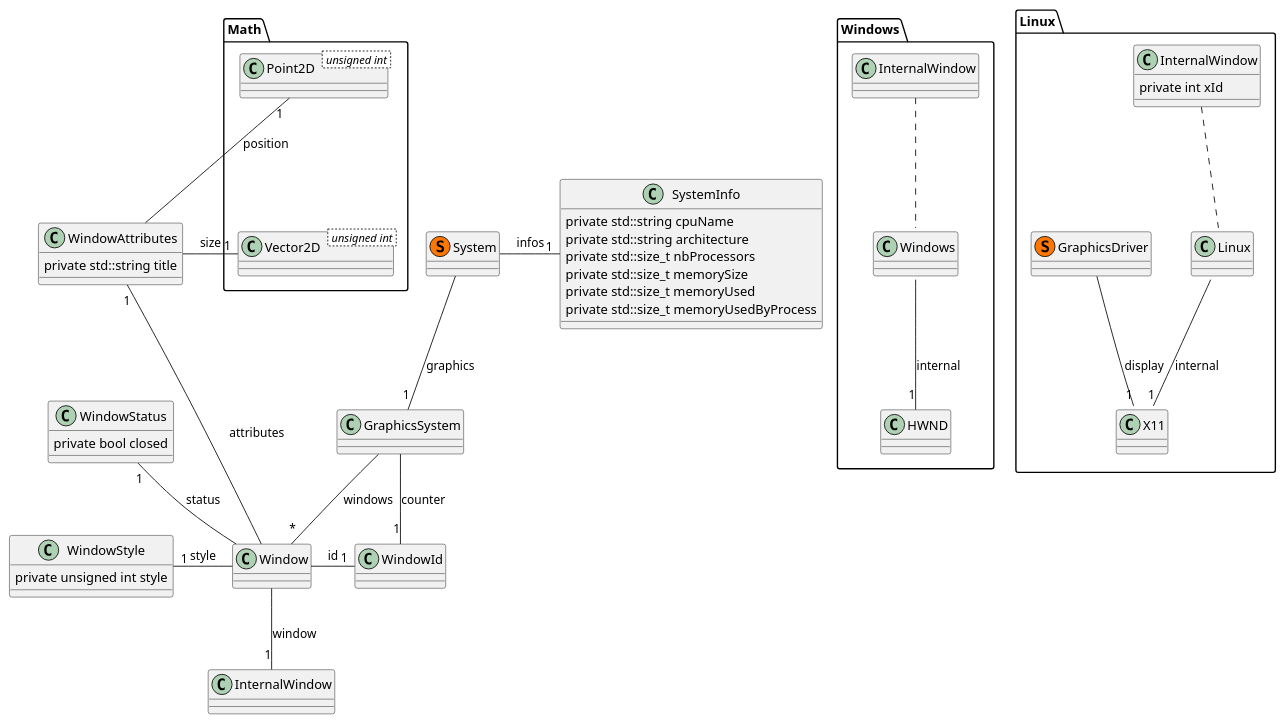
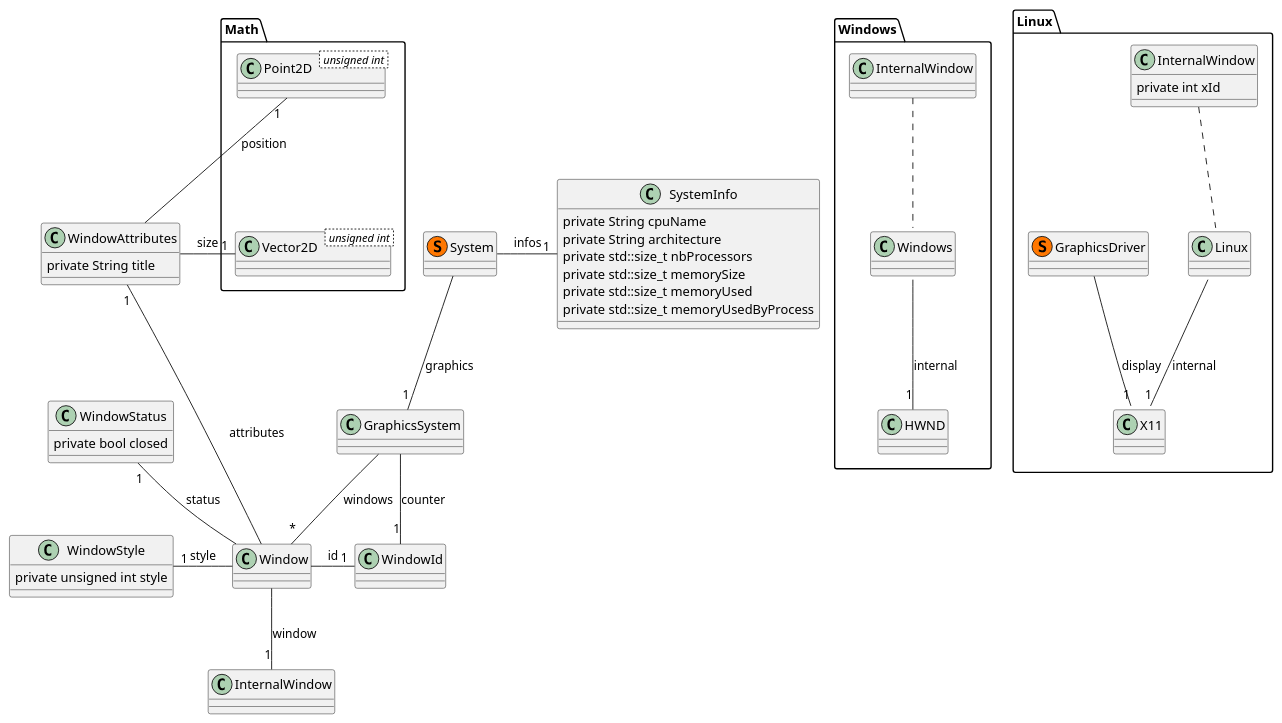
The diagram in uml/System/NRE_System.puml (AbelDoc/NRE-System), drawn with PlantUML before and after one commit. The commit also changed 5 other files, not shown here.

```diff
--- a/uml/System/NRE_System.puml
+++ b/uml/System/NRE_System.puml
@@ -1,61 +1,61 @@
 @startuml
     class System << (S, #FF7700) >> {
     }
     class GraphicsSystem {
     }
     class SystemInfo {
-        private std::string cpuName
-        private std::string architecture
+        private String cpuName
+        private String architecture
         private std::size_t nbProcessors
         private std::size_t memorySize
         private std::size_t memoryUsed
         private std::size_t memoryUsedByProcess
     }
     class Window {
     }
     class WindowAttributes {
-        private std::string title
+        private String title
     }
     class WindowStatus {
         private bool closed
     }
     class WindowStyle {
         private unsigned int style
     }
     System -right- "1" SystemInfo : infos
     System -down- "1" GraphicsSystem : graphics
     GraphicsSystem -right- "1" WindowId : counter
     GraphicsSystem -down- "*" Window : windows
     Window -right- "1" WindowId : id
     Window -down- "1" InternalWindow : window
     Window -left- "1" WindowAttributes : attributes
     Window -left- "1" WindowStatus : status
     Window -left- "1" WindowStyle : style
     WindowStyle -up[hidden]- WindowStatus
     WindowStatus -up[hidden]- WindowAttributes
     package Math {
         class Point2D < unsigned int > {
         }
         class Vector2D < unsigned int > {
         }
         WindowAttributes --left- "1" Point2D : position
         WindowAttributes --left- "1" Vector2D : size
         Point2D -down[hidden]- Vector2D
     }
     package Windows {
         class InternalWindow {
         }
         Windows::InternalWindow -down- "1" HWND : internal
         InternalWindow .down. Windows::InternalWindow
     }
     package Linux {
         class InternalWindow {
             private int xId
         }
         class GraphicsDriver << (S, #FF7700) >> {
         }
         GraphicsDriver -down- "1" X11::Display : display
         Linux::InternalWindow -down- "1" X11::Window : internal
         InternalWindow .down. Linux::InternalWindow
     }
 @enduml
```
